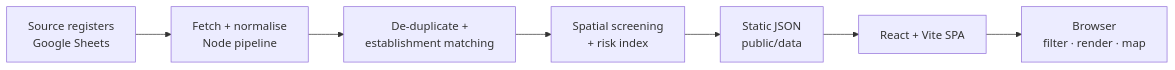
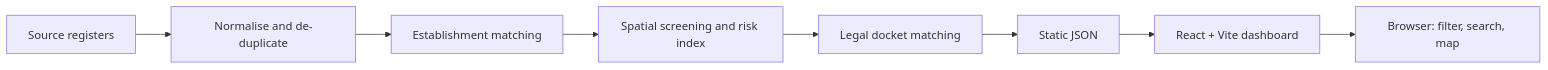
The diagram in README.md (geocheckcentralvisayas-bit/envis-region-vii-dashboard), drawn with Mermaid before and after one commit. The commit also changed other lines of this file and 25 other files, not shown here.

````diff
--- a/README.md
+++ b/README.md
@@ -36,9 +69,10 @@
 ```mermaid
 flowchart LR
-    A[Source registers<br/>Google Sheets] --> B[Fetch + normalise<br/>Node pipeline]
-    B --> C[De-duplicate +<br/>establishment matching]
-    C --> D[Spatial screening<br/>+ risk index]
-    D --> E[Static JSON<br/>public/data]
-    E --> F[React + Vite SPA]
-    F --> G[Browser<br/>filter · render · map]
+    A[Source registers] --> B[Normalise and de-duplicate]
+    B --> C[Establishment matching]
+    C --> D[Spatial screening and risk index]
+    D --> E[Legal docket matching]
+    E --> F[Static JSON]
+    F --> G[React + Vite dashboard]
+    G --> H[Browser: filter, search, map]
 ```
````
